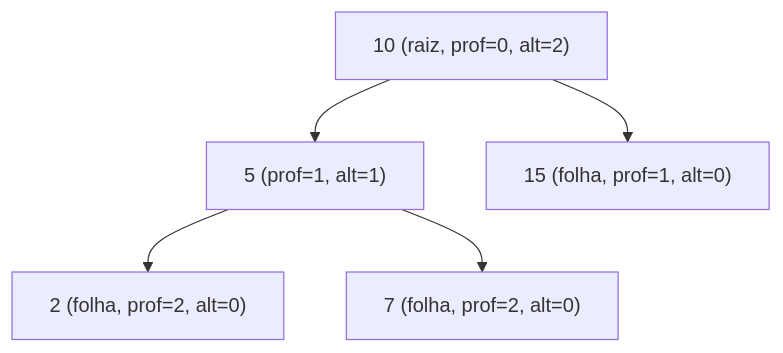
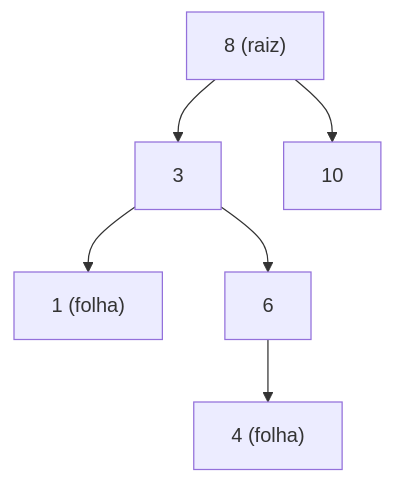
The first of 2 diagrams in content/cursos/n3-estruturas-de-dados-e-algoritmos/06-arvores-e-tabelas-hash/01-arvores-binarias-e-percursos.lvl.md (Lip3Bazinga/v0-level-usp-project), drawn with Mermaid before and after one commit. The commit also changed other lines of this file and 4 other files, not shown here.

````diff
--- a/content/cursos/n3-estruturas-de-dados-e-algoritmos/06-arvores-e-tabelas-hash/01-arvores-binarias-e-percursos.lvl.md
+++ b/content/cursos/n3-estruturas-de-dados-e-algoritmos/06-arvores-e-tabelas-hash/01-arvores-binarias-e-percursos.lvl.md
@@ -26,7 +27,8 @@
 ```mermaid
 flowchart TD
-    R["10 (raiz, prof=0, alt=2)"] --> E["5 (prof=1, alt=1)"]
-    R --> D["15 (folha, prof=1, alt=0)"]
-    E --> EE["2 (folha, prof=2, alt=0)"]
-    E --> ED["7 (folha, prof=2, alt=0)"]
+    A["8 (raiz)"] --> B["3"]
+    A --> C["10"]
+    B --> D["1 (folha)"]
+    B --> E["6"]
+    E --> F["4 (folha)"]
 ```
````
